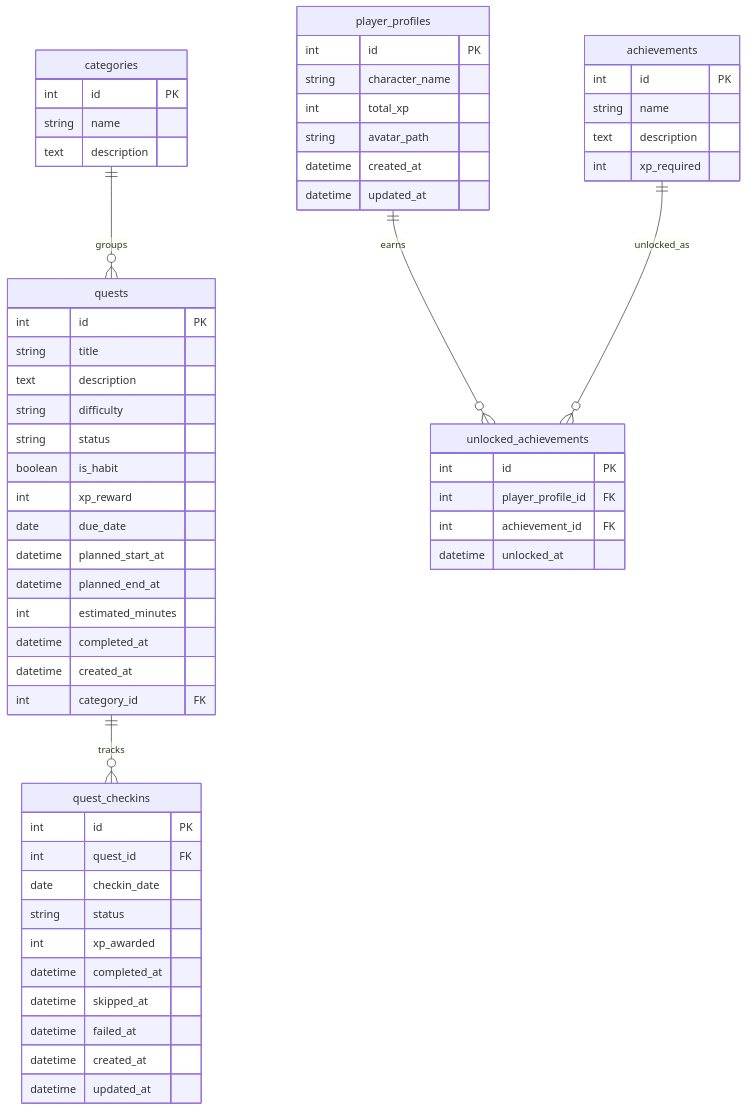
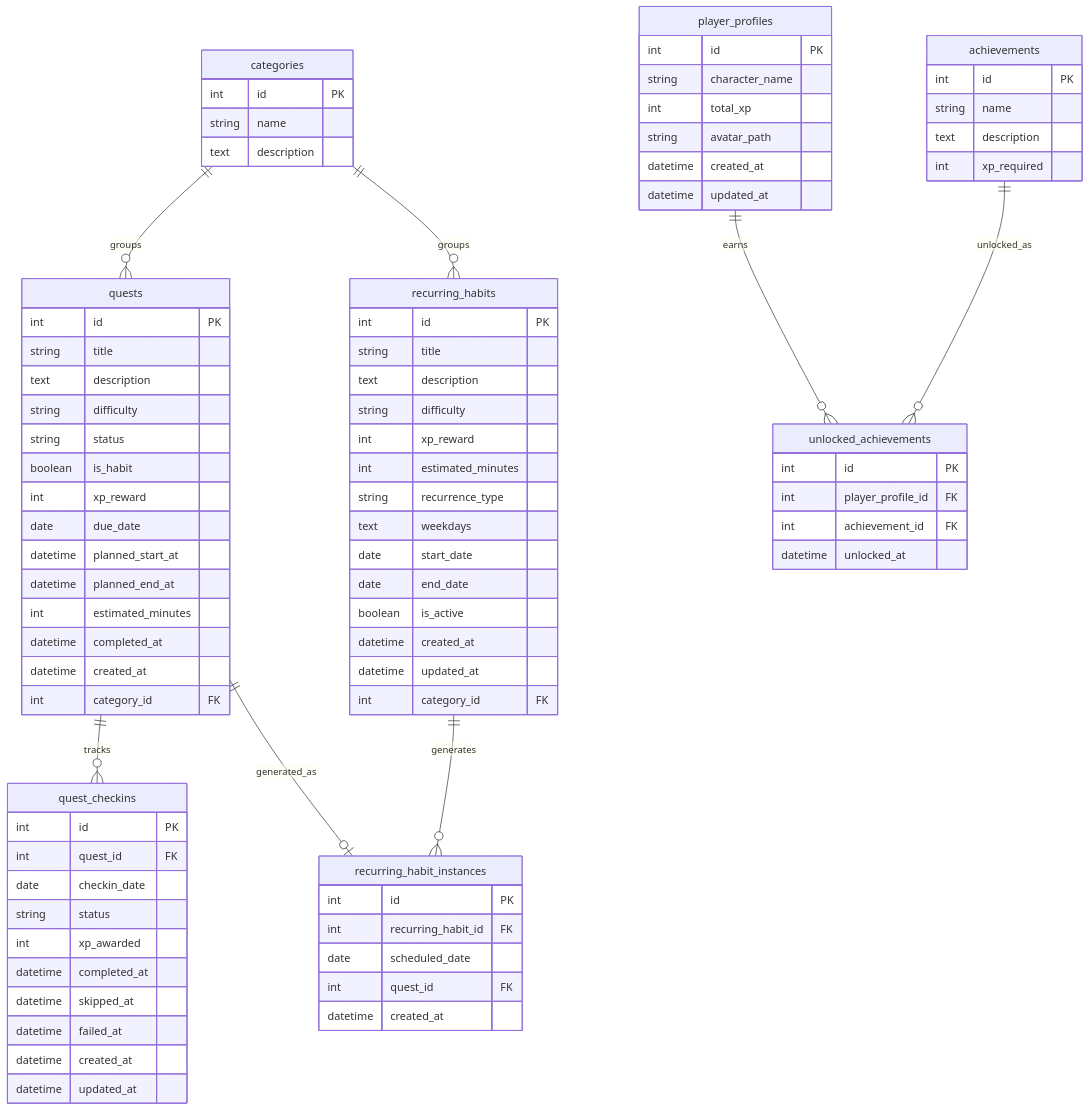
Before and after one commit to BaseMar/habit-quest-analytics: the diagram in docs/data_model.md, drawn with Mermaid. The commit also changed other lines of this file and 4 other files, not shown here.

First line of the commit message:
feat: add recurring habit models

````diff
--- a/docs/data_model.md
+++ b/docs/data_model.md
@@ -131,7 +179,10 @@
 ```mermaid
 erDiagram
     categories ||--o{ quests : groups
+    categories ||--o{ recurring_habits : groups
     quests ||--o{ quest_checkins : tracks
+    recurring_habits ||--o{ recurring_habit_instances : generates
+    quests ||--o| recurring_habit_instances : generated_as
     player_profiles ||--o{ unlocked_achievements : earns
     achievements ||--o{ unlocked_achievements : unlocked_as
 
@@ -171,6 +222,31 @@
         datetime updated_at
     }
 
+    recurring_habits {
+        int id PK
+        string title
+        text description
+        string difficulty
+        int xp_reward
+        int estimated_minutes
+        string recurrence_type
+        text weekdays
+        date start_date
+        date end_date
+        boolean is_active
+        datetime created_at
+        datetime updated_at
+        int category_id FK
+    }
+
+    recurring_habit_instances {
+        int id PK
+        int recurring_habit_id FK
+        date scheduled_date
+        int quest_id FK
+        datetime created_at
+    }
+
     player_profiles {
         int id PK
         string character_name
````
